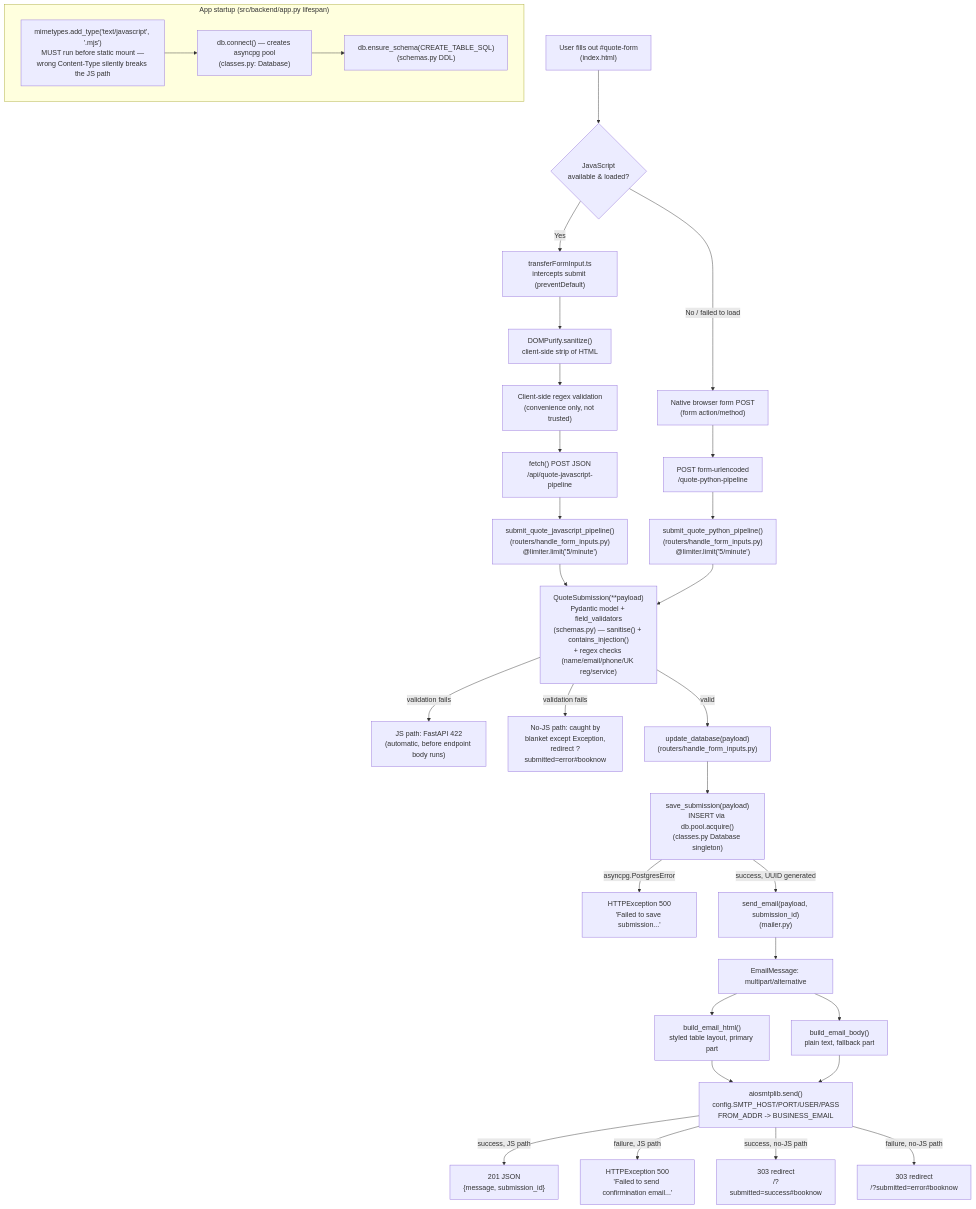
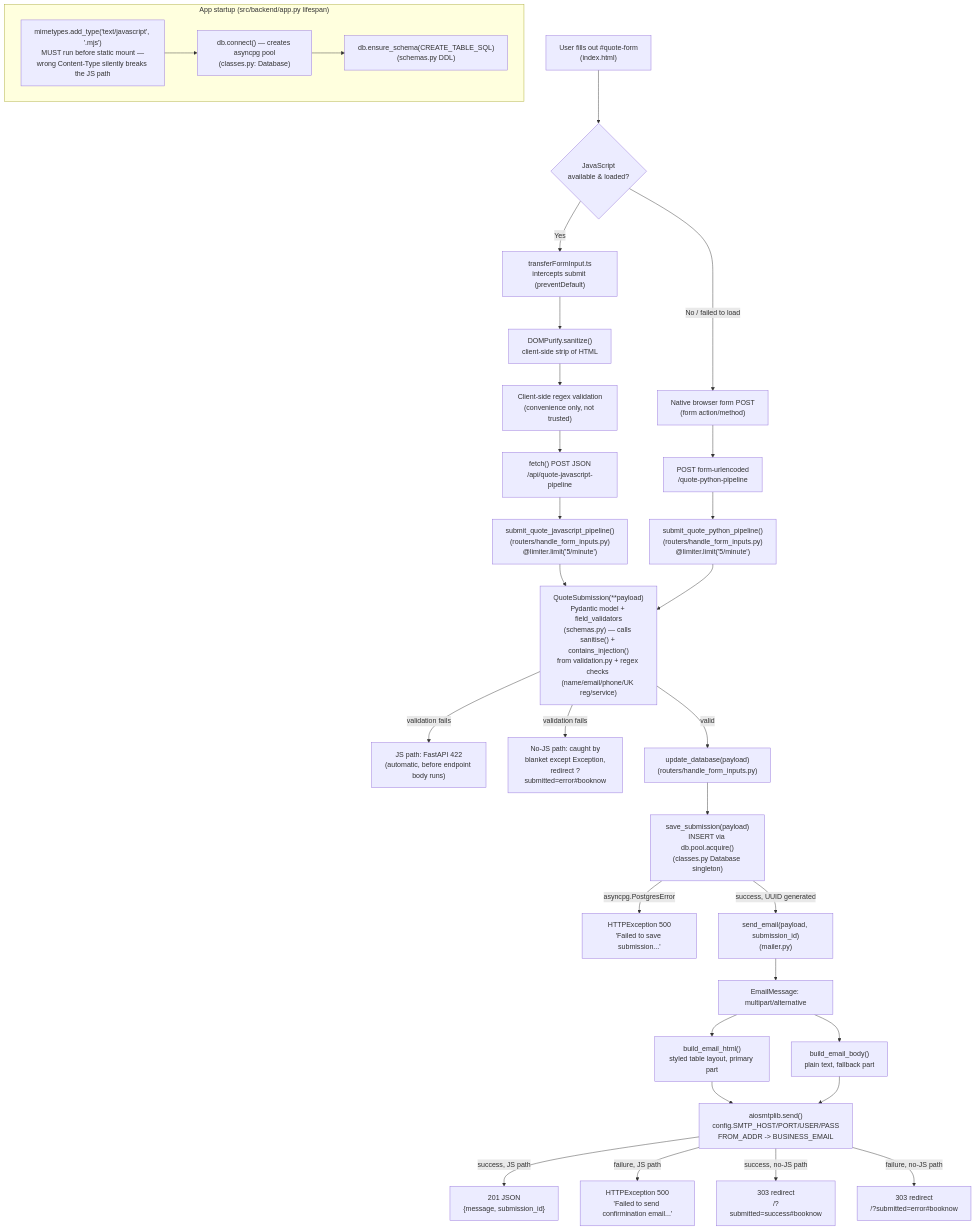
One commit to GarryJMcBride/bands_auto_site changed the diagram in docs/pipeline-architecture-visual-diagram.md. Above: the diagram before and after it, drawn with Mermaid. The commit also changed other lines of this file and 6 other files, not shown here.

````diff
--- a/docs/pipeline-architecture-visual-diagram.md
+++ b/docs/pipeline-architecture-visual-diagram.md
@@ -11,44 +11,44 @@
 ```mermaid
 flowchart TD
     subgraph Startup["App startup (src/backend/app.py lifespan)"]
         S1["mimetypes.add_type('text/javascript', '.mjs')<br/>MUST run before static mount —<br/>wrong Content-Type silently breaks the JS path"]
         S2["db.connect() — creates asyncpg pool<br/>(classes.py: Database)"]
         S3["db.ensure_schema(CREATE_TABLE_SQL)<br/>(schemas.py DDL)"]
         S1 --> S2 --> S3
     end
 
     U["User fills out #quote-form<br/>(index.html)"] --> JS{"JavaScript<br/>available & loaded?"}
 
     JS -- "Yes" --> TS["transferFormInput.ts<br/>intercepts submit (preventDefault)"]
     TS --> DP["DOMPurify.sanitize()<br/>client-side strip of HTML"]
     DP --> CV["Client-side regex validation<br/>(convenience only, not trusted)"]
     CV --> FETCH["fetch() POST JSON<br/>/api/quote-javascript-pipeline"]
 
     JS -- "No / failed to load" --> NATIVE["Native browser form POST<br/>(form action/method)"]
     NATIVE --> FORMPOST["POST form-urlencoded<br/>/quote-python-pipeline"]
 
     FETCH --> EP1["submit_quote_javascript_pipeline()<br/>(routers/handle_form_inputs.py)<br/>@limiter.limit('5/minute')"]
     FORMPOST --> EP2["submit_quote_python_pipeline()<br/>(routers/handle_form_inputs.py)<br/>@limiter.limit('5/minute')"]
 
-    EP1 --> QS["QuoteSubmission(**payload)<br/>Pydantic model + field_validators<br/>(schemas.py) — sanitise() + contains_injection()<br/>+ regex checks (name/email/phone/UK reg/service)"]
+    EP1 --> QS["QuoteSubmission(**payload)<br/>Pydantic model + field_validators<br/>(schemas.py) — calls sanitise() + contains_injection()<br/>from validation.py + regex checks (name/email/phone/UK reg/service)"]
     EP2 --> QS
 
     QS -->|validation fails| ERR1["JS path: FastAPI 422<br/>(automatic, before endpoint body runs)"]
     QS -->|validation fails| ERR2["No-JS path: caught by<br/>blanket except Exception,<br/>redirect ?submitted=error#booknow"]
 
     QS -->|valid| UD["update_database(payload)<br/>(routers/handle_form_inputs.py)"]
     UD --> SS["save_submission(payload)<br/>INSERT via db.pool.acquire()<br/>(classes.py Database singleton)"]
     SS -->|asyncpg.PostgresError| DBERR["HTTPException 500<br/>'Failed to save submission...'"]
     SS -->|success, UUID generated| SEND["send_email(payload, submission_id)<br/>(mailer.py)"]
 
     SEND --> MIME["EmailMessage: multipart/alternative"]
     MIME --> HTMLPART["build_email_html()<br/>styled table layout, primary part"]
     MIME --> TEXTPART["build_email_body()<br/>plain text, fallback part"]
     HTMLPART --> SMTP["aiosmtplib.send()<br/>config.SMTP_HOST/PORT/USER/PASS<br/>FROM_ADDR -> BUSINESS_EMAIL"]
     TEXTPART --> SMTP
 
     SMTP -->|success, JS path| OK1["201 JSON<br/>{message, submission_id}"]
     SMTP -->|failure, JS path| OK1ERR["HTTPException 500<br/>'Failed to send confirmination email...'"]
     SMTP -->|success, no-JS path| OK2["303 redirect<br/>/?submitted=success#booknow"]
     SMTP -->|failure, no-JS path| OK2ERR["303 redirect<br/>/?submitted=error#booknow"]
 ```
````
